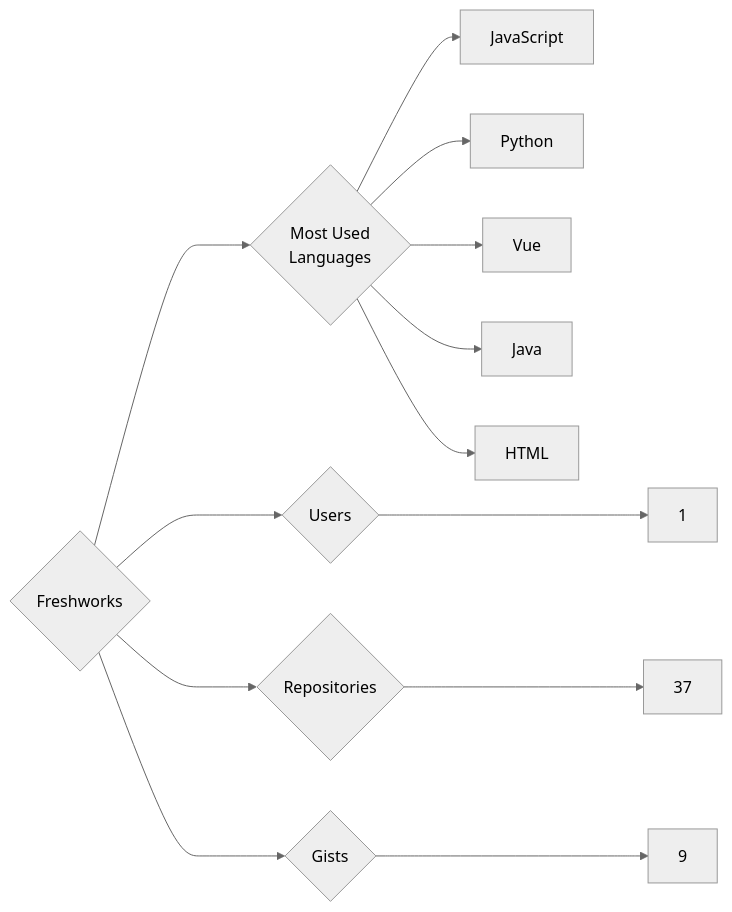
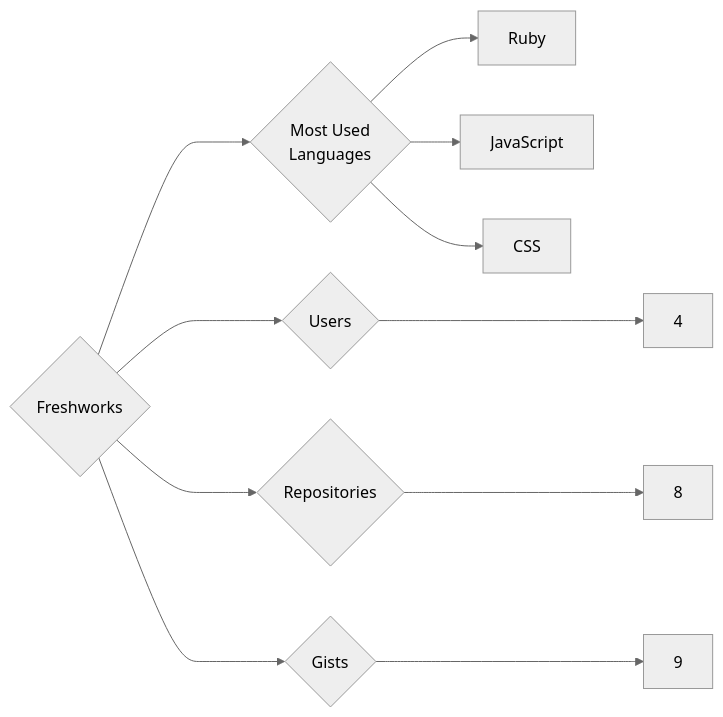
The diagram in targets/Freshworks/README.md (trickest/insiders), drawn with Mermaid (neutral theme) before and after one commit. The commit also changed 1149 other files, not shown here.

````diff
--- a/targets/Freshworks/README.md
+++ b/targets/Freshworks/README.md
@@ -3,13 +3,11 @@
 ```mermaid
 graph LR
 COMPANY_NAME{Freshworks}
-COMPANY_NAME ---> U{Users} ---> UN[1]
-COMPANY_NAME ---> R{Repositories} ---> RN[37]
+COMPANY_NAME ---> U{Users} ---> UN[4]
+COMPANY_NAME ---> R{Repositories} ---> RN[8]
 COMPANY_NAME ---> G{Gists} ---> GN[9]
 COMPANY_NAME ---> ML{Most Used<br>Languages}
+ML --> Ruby[Ruby]
 ML --> JavaScript[JavaScript]
-ML --> Python[Python]
-ML --> Vue[Vue]
-ML --> Java[Java]
-ML --> HTML[HTML]
+ML --> CSS[CSS]
 ```
````
